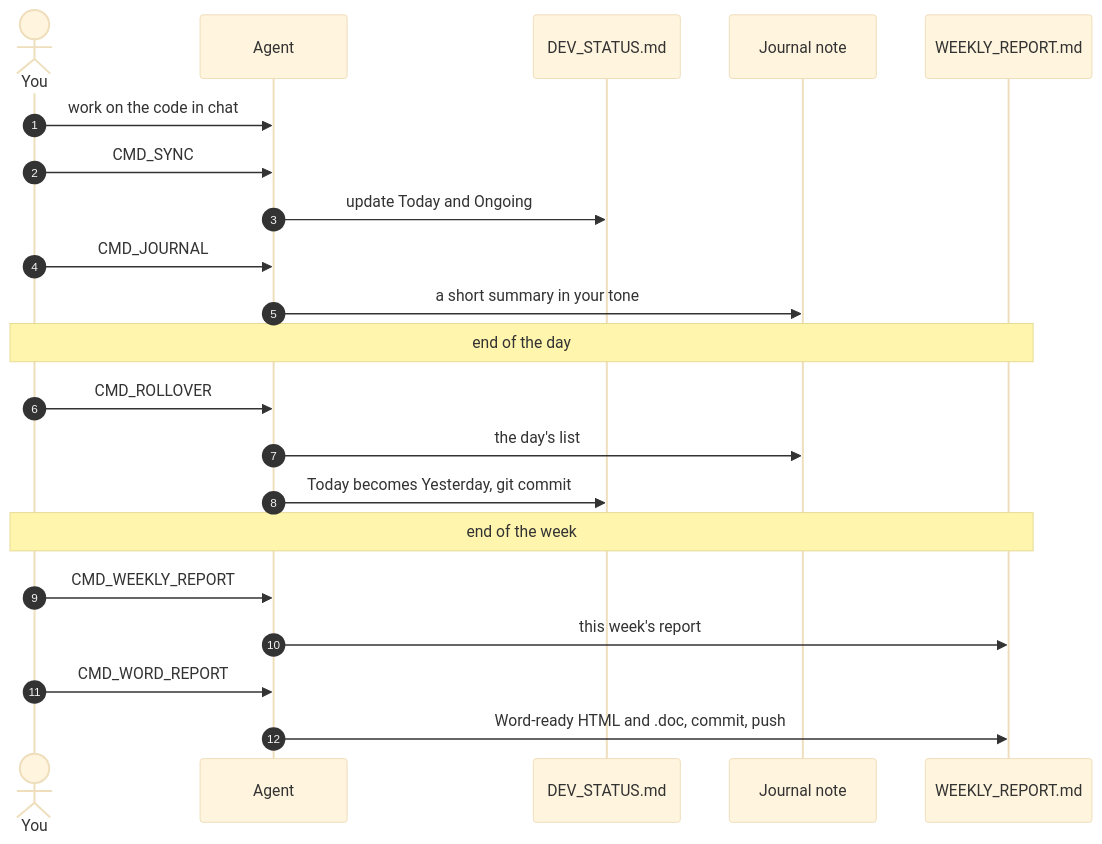
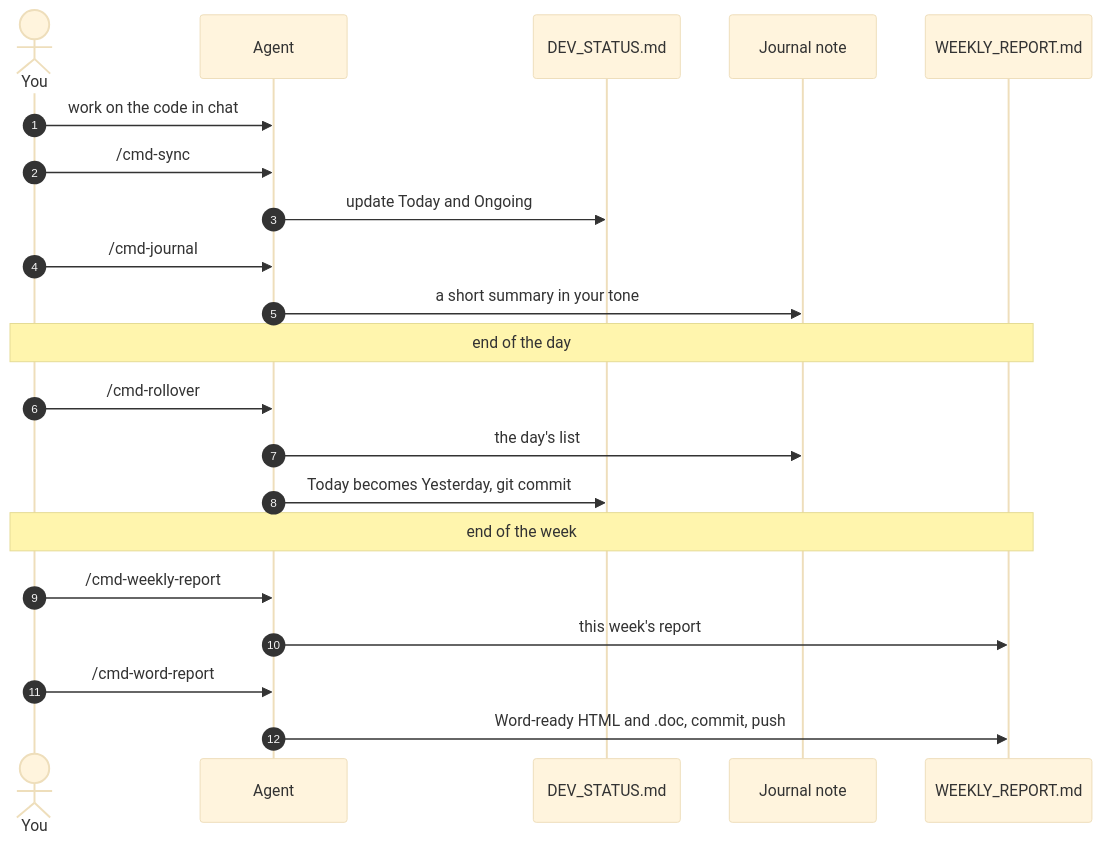
Before and after one commit to zelvet-velvet/agent-worklog-vault: the first of 6 diagrams in README.md, drawn with Mermaid (base theme). The commit also changed other lines of this file and 16 other files, not shown here.

````diff
--- a/README.md
+++ b/README.md
@@ -22,23 +22,23 @@
 ```mermaid
 sequenceDiagram
     autonumber
     actor You
     participant A as Agent
     participant S as DEV_STATUS.md
     participant J as Journal note
     participant W as WEEKLY_REPORT.md
     You->>A: work on the code in chat
-    You->>A: CMD_SYNC
+    You->>A: /cmd-sync
     A->>S: update Today and Ongoing
-    You->>A: CMD_JOURNAL
+    You->>A: /cmd-journal
     A->>J: a short summary in your tone
     Note over You,W: end of the day
-    You->>A: CMD_ROLLOVER
+    You->>A: /cmd-rollover
     A->>J: the day's list
     A->>S: Today becomes Yesterday, git commit
     Note over You,W: end of the week
-    You->>A: CMD_WEEKLY_REPORT
+    You->>A: /cmd-weekly-report
     A->>W: this week's report
-    You->>A: CMD_WORD_REPORT
+    You->>A: /cmd-word-report
     A->>W: Word-ready HTML and .doc, commit, push
 ```
````
